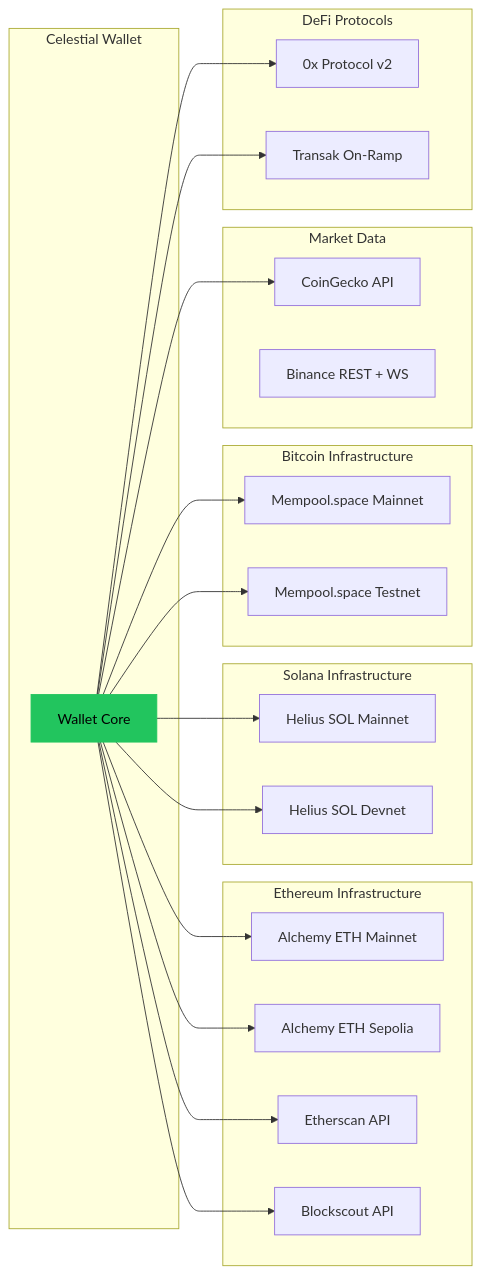
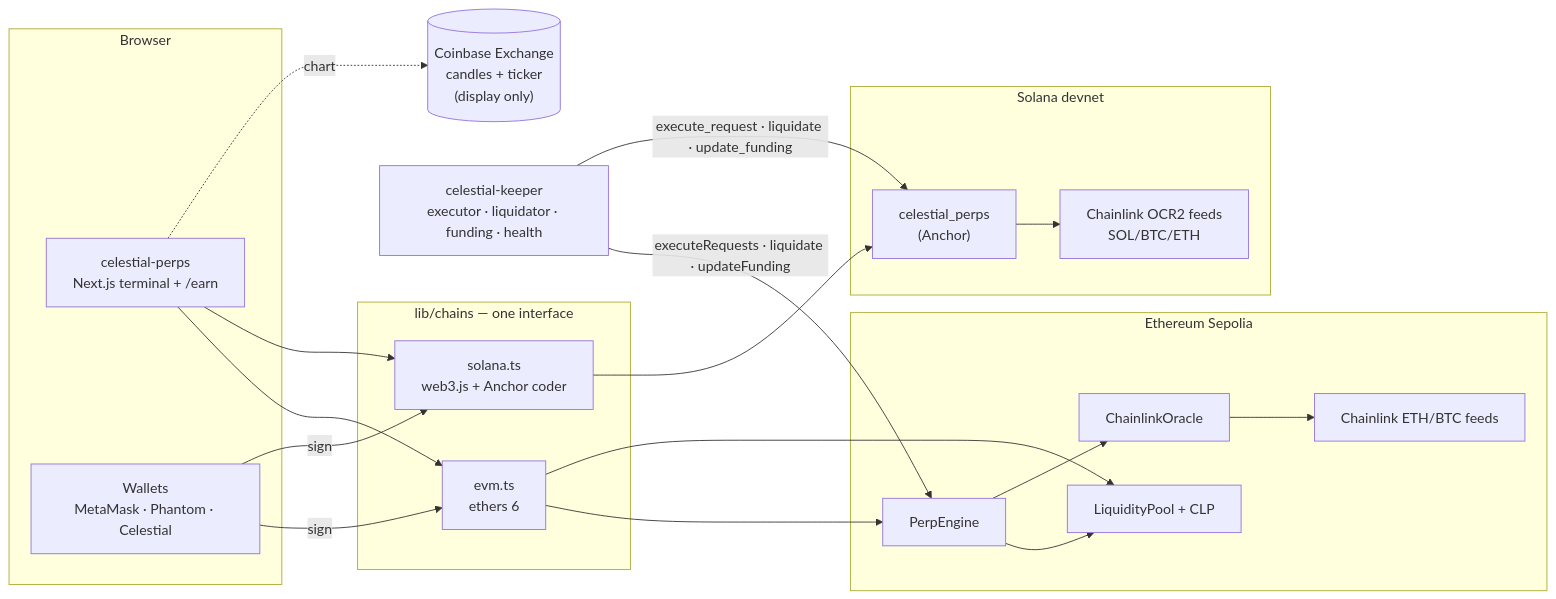
The first of 2 diagrams in README.md (DevanshBehl/DEX), drawn with Mermaid before and after one commit. The commit also changed other lines of this file and 99 other files, not shown here.

````diff
--- a/README.md
+++ b/README.md
@@ -688,42 +101,38 @@
 ```mermaid
-graph LR
-    subgraph "Celestial Wallet"
-        W["Wallet Core"]
+flowchart LR
+    subgraph Browser
+        UI["celestial-perps<br/>Next.js terminal + /earn"]
+        W1["Wallets<br/>MetaMask · Phantom · Celestial"]
     end
 
-    subgraph "Ethereum Infrastructure"
-        A1["Alchemy ETH Mainnet"]
-        A2["Alchemy ETH Sepolia"]
-        E1["Etherscan API"]
-        E2["Blockscout API"]
+    subgraph ChainLayer["lib/chains — one interface"]
+        EVMC["evm.ts<br/>ethers 6"]
+        SOLC["solana.ts<br/>web3.js + Anchor coder"]
     end
 
-    subgraph "Solana Infrastructure"
-        H1["Helius SOL Mainnet"]
-        H2["Helius SOL Devnet"]
+    subgraph Sepolia["Ethereum Sepolia"]
+        ENG["PerpEngine"]
+        POOL["LiquidityPool + CLP"]
+        ORA["ChainlinkOracle"]
+        CLE["Chainlink ETH/BTC feeds"]
     end
 
-    subgraph "Bitcoin Infrastructure"
-        M1["Mempool.space Mainnet"]
-        M2["Mempool.space Testnet"]
+    subgraph Devnet["Solana devnet"]
+        PROG["celestial_perps<br/>(Anchor)"]
+        CLS["Chainlink OCR2 feeds<br/>SOL/BTC/ETH"]
     end
 
-    subgraph "Market Data"
-        CG["CoinGecko API"]
-        BN["Binance REST + WS"]
-    end
+    K["celestial-keeper<br/>executor · liquidator · funding · health"]
+    CB[("Coinbase Exchange<br/>candles + ticker<br/>(display only)")]
 
-    subgraph "DeFi Protocols"
-        ZX["0x Protocol v2"]
-        TR["Transak On-Ramp"]
-    end
-
-    W --> A1 & A2
-    W --> H1 & H2
-    W --> M1 & M2
-    W --> CG
-    W --> ZX & TR
-    W --> E1 & E2
-
-    style W fill:#22c55e,stroke:#22c55e,color:#000
+    UI --> EVMC & SOLC
+    UI -. chart .-> CB
+    W1 -- sign --> EVMC & SOLC
+    EVMC --> ENG & POOL
+    SOLC --> PROG
+    ENG --> POOL
+    ENG --> ORA --> CLE
+    PROG --> CLS
+    K -- executeRequests · liquidate · updateFunding --> ENG
+    K -- execute_request · liquidate · update_funding --> PROG
 ```
````
